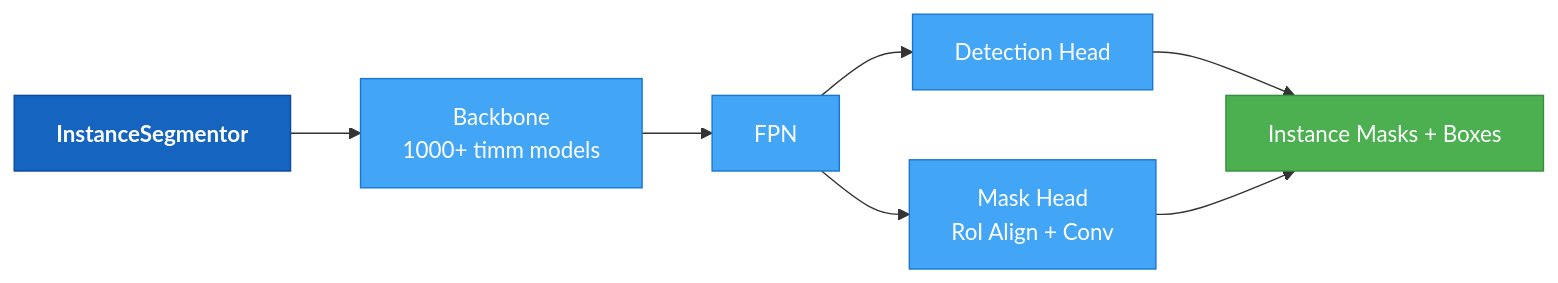
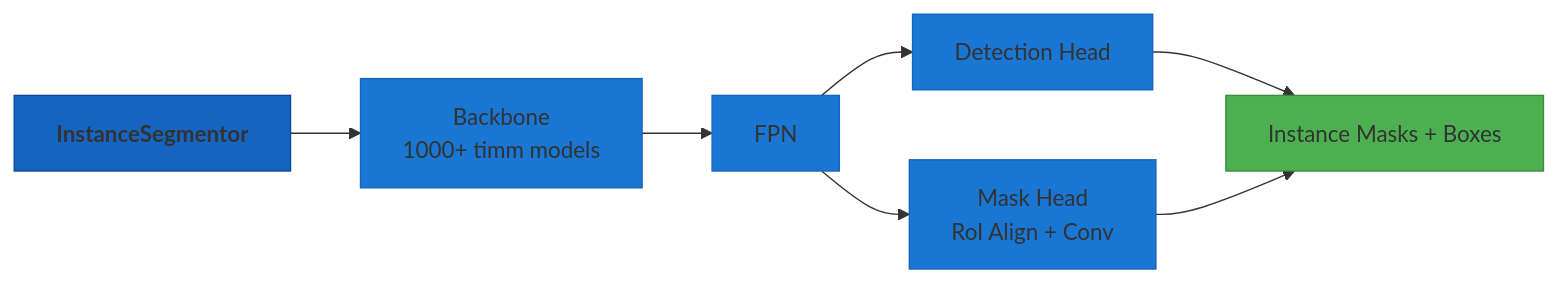
One commit to theja-vanka/AutoTimm changed the fifth of 5 diagrams in docs/user-guide/models/index.md. Above: the diagram before and after it, drawn with Mermaid. The commit also changed other lines of this file and 37 other files, not shown here.

````diff
--- a/docs/user-guide/models/index.md
+++ b/docs/user-guide/models/index.md
@@ -72,16 +72,16 @@
 ```mermaid
 graph LR
     A[<b>InstanceSegmentor</b>] --> B[Backbone<br/>1000+ timm models]
     B --> C[FPN]
     C --> D[Detection Head]
     C --> E[Mask Head<br/>RoI Align + Conv]
     D --> F[Instance Masks + Boxes]
     E --> F
 
-    style A fill:#1565C0,stroke:#0D47A1,color:#fff
-    style B fill:#42A5F5,stroke:#1976D2,color:#fff
-    style C fill:#42A5F5,stroke:#1976D2,color:#fff
-    style D fill:#42A5F5,stroke:#1976D2,color:#fff
-    style E fill:#42A5F5,stroke:#1976D2,color:#fff
-    style F fill:#4CAF50,stroke:#388E3C,color:#fff
+    style A fill:#1565C0,stroke:#0D47A1
+    style B fill:#1976D2,stroke:#1565C0
+    style C fill:#1976D2,stroke:#1565C0
+    style D fill:#1976D2,stroke:#1565C0
+    style E fill:#1976D2,stroke:#1565C0
+    style F fill:#4CAF50,stroke:#388E3C
 ```
````
